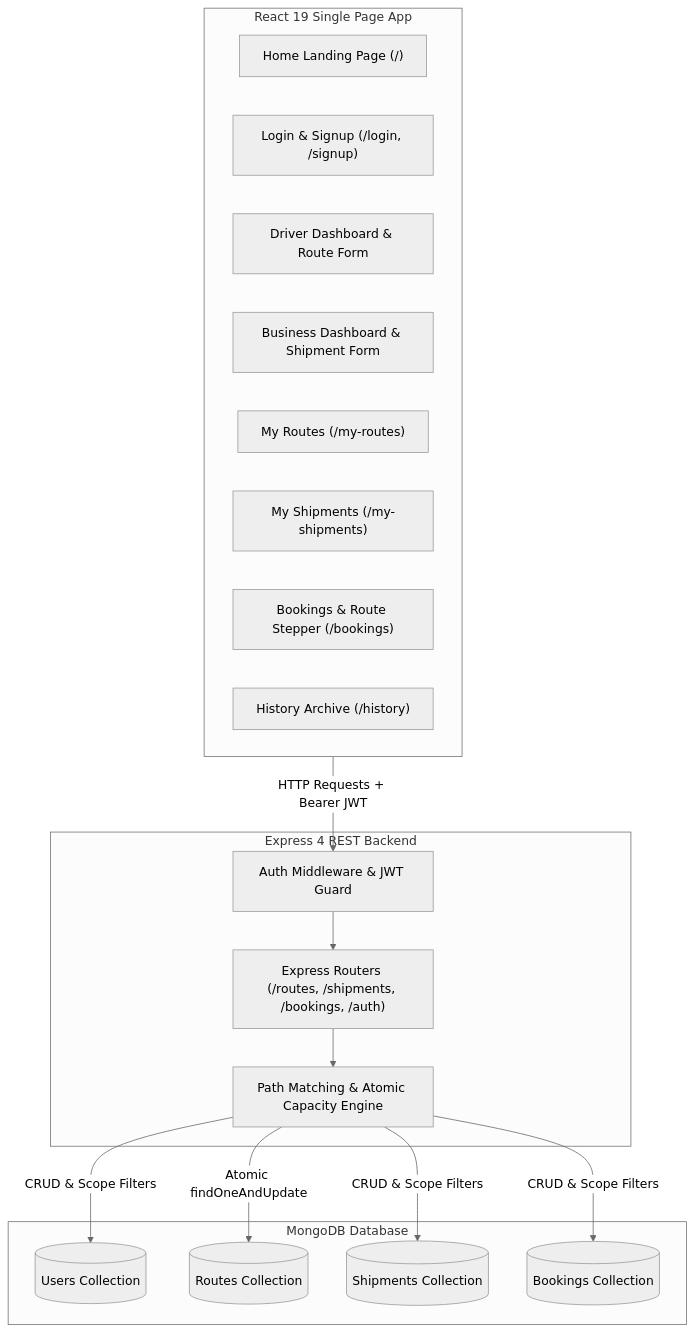
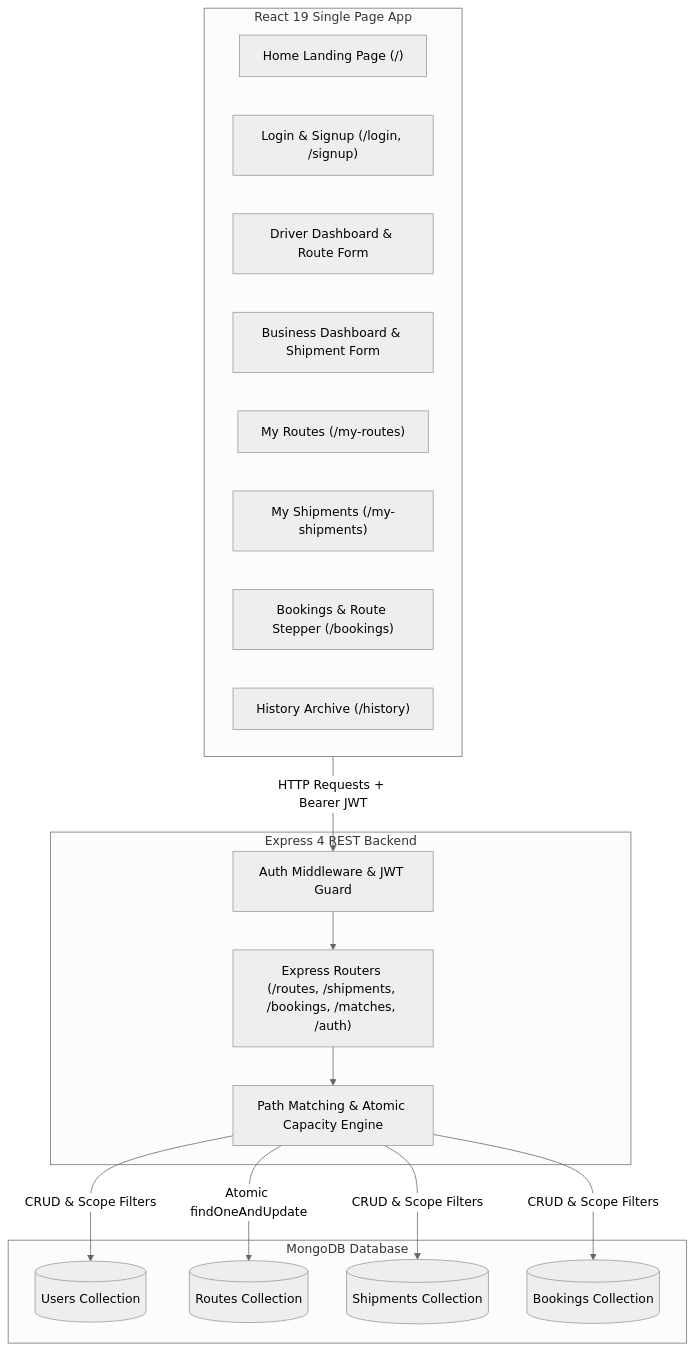
One commit to Mds-1234/Trucksy_V2 changed the first of 2 diagrams in README.md. Above: the diagram before and after it, drawn with Mermaid (neutral theme). The commit also changed other lines of this file and 1 other file, not shown here.

````diff
--- a/README.md
+++ b/README.md
@@ -86,34 +119,34 @@
 ```mermaid
 flowchart TD
     subgraph Client["React 19 Single Page App"]
         LP["Home Landing Page (/)"]
         AuthV["Login & Signup (/login, /signup)"]
         DDash["Driver Dashboard & Route Form"]
         BDash["Business Dashboard & Shipment Form"]
         MR["My Routes (/my-routes)"]
         MS["My Shipments (/my-shipments)"]
         BK["Bookings & Route Stepper (/bookings)"]
         HS["History Archive (/history)"]
     end
 
     subgraph Server["Express 4 REST Backend"]
         MW["Auth Middleware & JWT Guard"]
-        Router["Express Routers (/routes, /shipments, /bookings, /auth)"]
+        Router["Express Routers (/routes, /shipments, /bookings, /matches, /auth)"]
         Engine["Path Matching & Atomic Capacity Engine"]
     end
 
     subgraph DB["MongoDB Database"]
         ColU[("Users Collection")]
         ColR[("Routes Collection")]
         ColS[("Shipments Collection")]
         ColB[("Bookings Collection")]
     end
 
     Client -->|"HTTP Requests + Bearer JWT"| MW
     MW --> Router
     Router --> Engine
     Engine -->|"Atomic findOneAndUpdate"| ColR
     Engine -->|"CRUD & Scope Filters"| ColU
     Engine -->|"CRUD & Scope Filters"| ColS
     Engine -->|"CRUD & Scope Filters"| ColB
 ```
````
